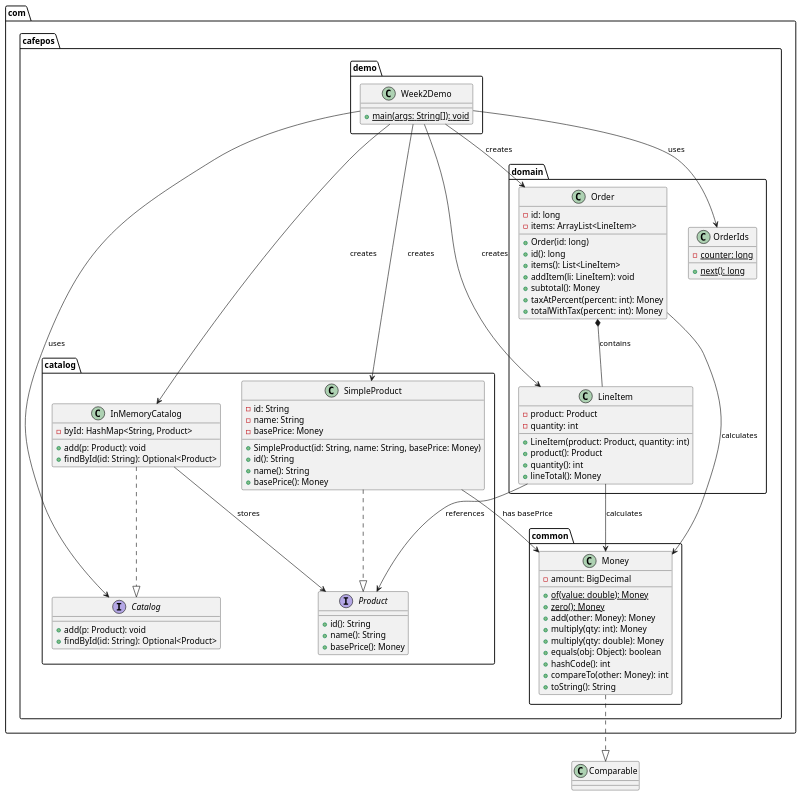
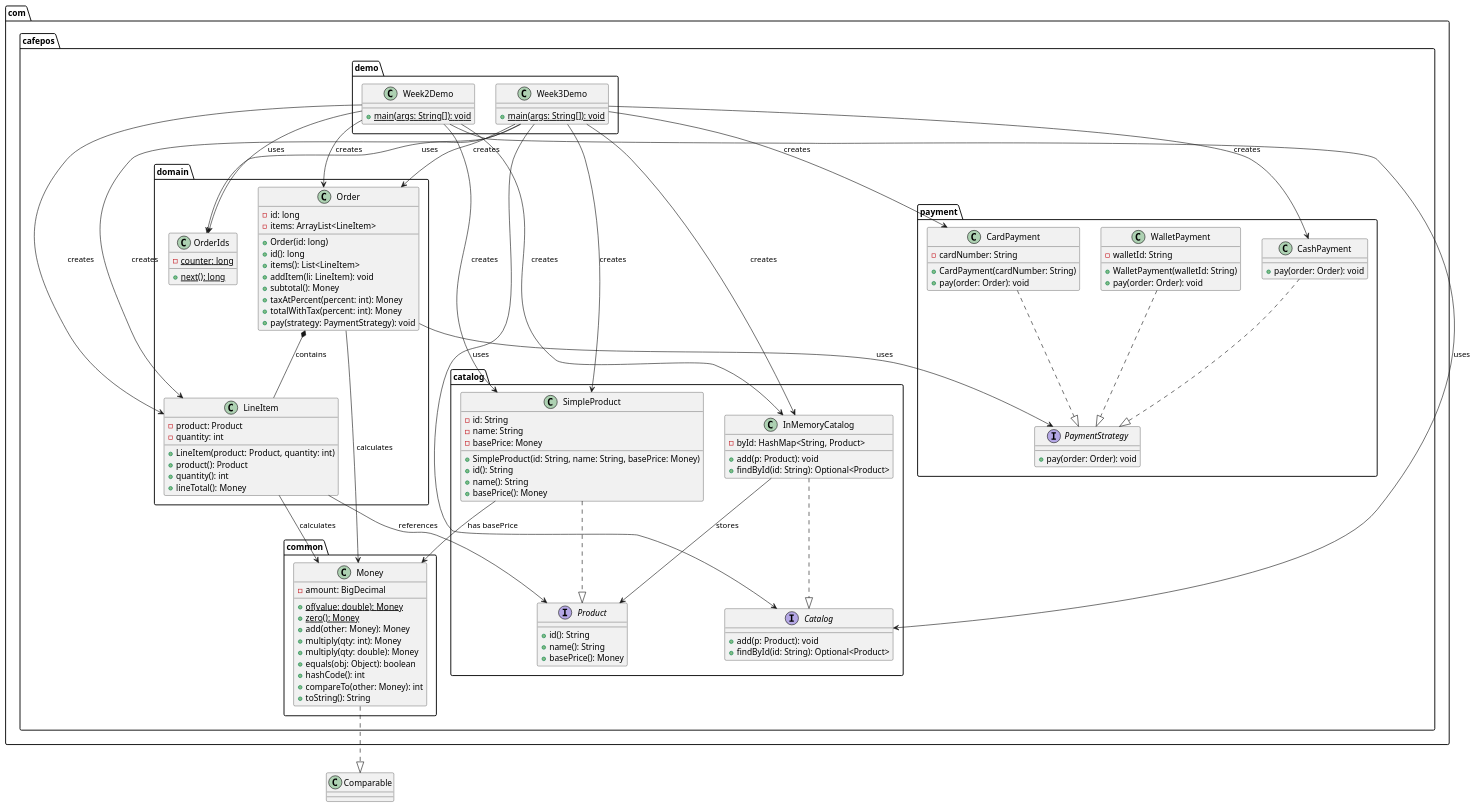
The diagram in cafe-pos-uml.puml (niallroche803/CS4928-Project), drawn with PlantUML before and after one commit. The commit also changed 2 other files, not shown here.

Commit message:
Update UML diagram

```diff
--- a/cafe-pos-uml.puml
+++ b/cafe-pos-uml.puml
@@ -1,98 +1,137 @@
 @startuml CafePOS Class Diagram
 
 package "com.cafepos.common" {
     class Money {
         - amount: BigDecimal
         + {static} of(value: double): Money
         + {static} zero(): Money
         + add(other: Money): Money
         + multiply(qty: int): Money
         + multiply(qty: double): Money
         + equals(obj: Object): boolean
         + hashCode(): int
         + compareTo(other: Money): int
         + toString(): String
     }
 }
 
 package "com.cafepos.catalog" {
     interface Product {
         + id(): String
         + name(): String
         + basePrice(): Money
     }
     
     class SimpleProduct {
         - id: String
         - name: String
         - basePrice: Money
         + SimpleProduct(id: String, name: String, basePrice: Money)
         + id(): String
         + name(): String
         + basePrice(): Money
     }
     
     interface Catalog {
         + add(p: Product): void
         + findById(id: String): Optional<Product>
     }
     
     class InMemoryCatalog {
         - byId: HashMap<String, Product>
         + add(p: Product): void
         + findById(id: String): Optional<Product>
     }
 }
 
 package "com.cafepos.domain" {
     class Order {
         - id: long
         - items: ArrayList<LineItem>
         + Order(id: long)
         + id(): long
         + items(): List<LineItem>
         + addItem(li: LineItem): void
         + subtotal(): Money
         + taxAtPercent(percent: int): Money
         + totalWithTax(percent: int): Money
+        + pay(strategy: PaymentStrategy): void
     }
     
     class LineItem {
         - product: Product
         - quantity: int
         + LineItem(product: Product, quantity: int)
         + product(): Product
         + quantity(): int
         + lineTotal(): Money
     }
     
     class OrderIds {
         - {static} counter: long
         + {static} next(): long
     }
 }
 
 package "com.cafepos.demo" {
     class Week2Demo {
         + {static} main(args: String[]): void
     }
+    
+    class Week3Demo {
+        + {static} main(args: String[]): void
+    }
+}
+
+package "com.cafepos.payment" {
+    interface PaymentStrategy {
+        + pay(order: Order): void
+    }
+    
+    class CashPayment {
+        + pay(order: Order): void
+    }
+    
+    class CardPayment {
+        - cardNumber: String
+        + CardPayment(cardNumber: String)
+        + pay(order: Order): void
+    }
+    
+    class WalletPayment {
+        - walletId: String
+        + WalletPayment(walletId: String)
+        + pay(order: Order): void
+    }
 }
 
 ' Relationships
 SimpleProduct ..|> Product
 InMemoryCatalog ..|> Catalog
 InMemoryCatalog --> Product : stores
 Order *-- LineItem : contains
 LineItem --> Product : references
 LineItem --> Money : calculates
 Order --> Money : calculates
 SimpleProduct --> Money : has basePrice
 Money ..|> Comparable
+Order --> PaymentStrategy : uses
+CashPayment ..|> PaymentStrategy
+CardPayment ..|> PaymentStrategy
+WalletPayment ..|> PaymentStrategy
 Week2Demo --> Catalog : uses
 Week2Demo --> InMemoryCatalog : creates
 Week2Demo --> SimpleProduct : creates
 Week2Demo --> Order : creates
 Week2Demo --> LineItem : creates
 Week2Demo --> OrderIds : uses
+Week3Demo --> Catalog : uses
+Week3Demo --> InMemoryCatalog : creates
+Week3Demo --> SimpleProduct : creates
+Week3Demo --> Order : creates
+Week3Demo --> LineItem : creates
+Week3Demo --> OrderIds : uses
+Week3Demo --> CashPayment : creates
+Week3Demo --> CardPayment : creates
 
 @enduml
```
